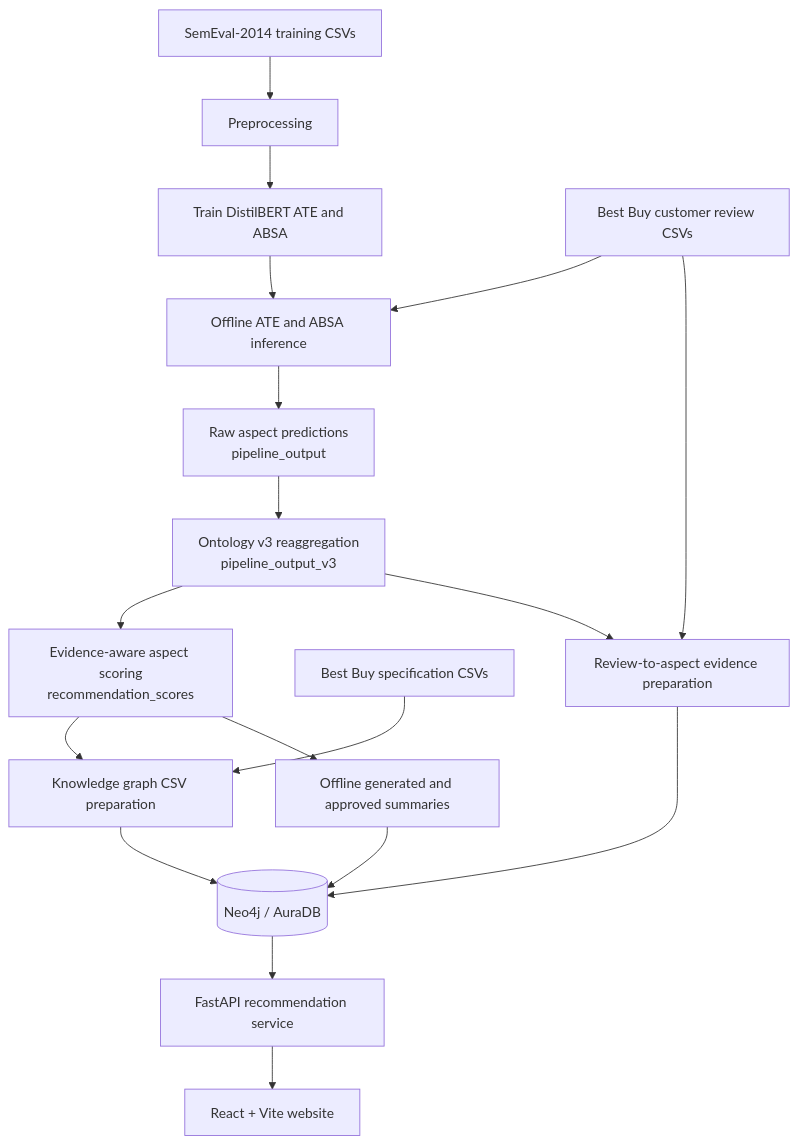
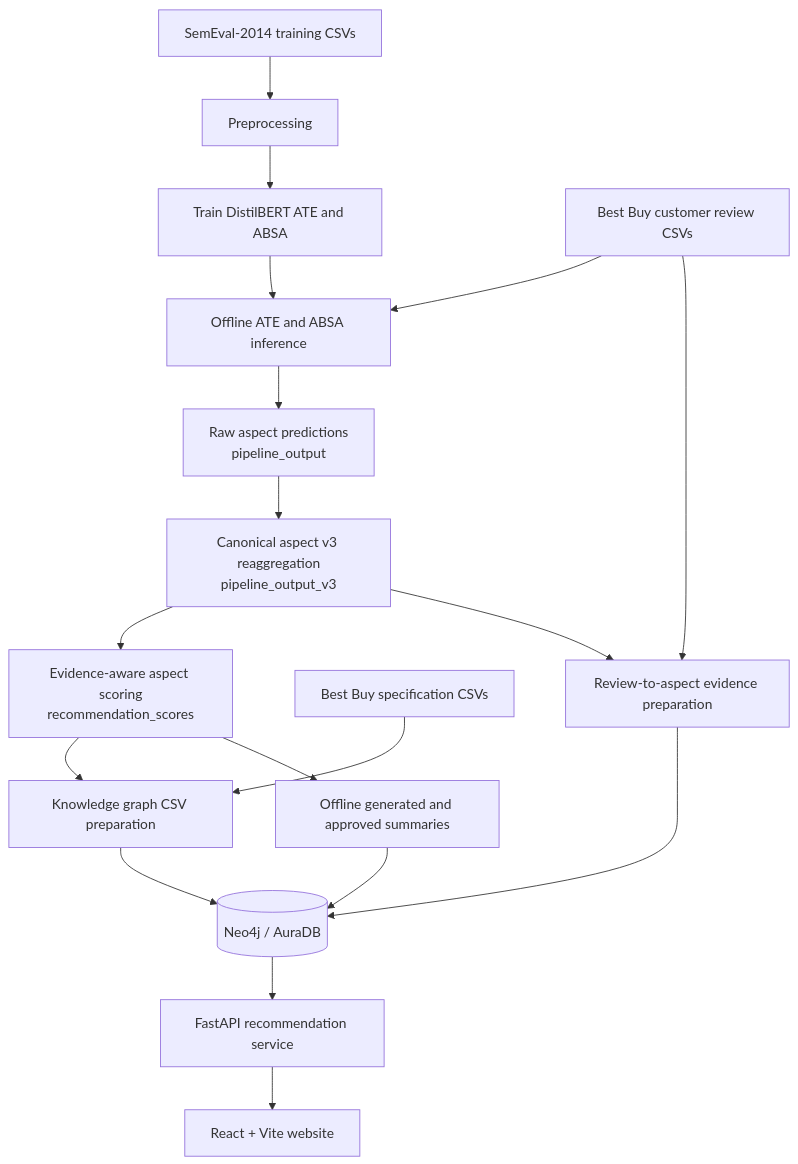
One commit to NOTED126/Laptop-Recommendation-based-on-Integration-of-Aspect-Based-Sentiment-Analysis-and-Knowledge-Graph changed the diagram in README.md. Above: the diagram before and after it, drawn with Mermaid. The commit also changed other lines of this file and 11 other files, not shown here.

Commit message:
Refactor canonical aspect categorization terminology

````diff
--- a/README.md
+++ b/README.md
@@ -49,20 +53,20 @@
 ```mermaid
 flowchart TD
     S[SemEval-2014 training CSVs] --> P[Preprocessing]
     P --> T[Train DistilBERT ATE and ABSA]
     R[Best Buy customer review CSVs] --> I[Offline ATE and ABSA inference]
     T --> I
     I --> RAW[Raw aspect predictions<br/>pipeline_output]
-    RAW --> O[Ontology v3 reaggregation<br/>pipeline_output_v3]
+    RAW --> O[Canonical aspect v3 reaggregation<br/>pipeline_output_v3]
     O --> SC[Evidence-aware aspect scoring<br/>recommendation_scores]
     SP[Best Buy specification CSVs] --> KG[Knowledge graph CSV preparation]
     SC --> KG
     KG --> N[(Neo4j / AuraDB)]
     O --> EV[Review-to-aspect evidence preparation]
     R --> EV
     EV --> N
     SC --> SUM[Offline generated and approved summaries]
     SUM --> N
     N --> API[FastAPI recommendation service]
     API --> UI[React + Vite website]
 ```
````
